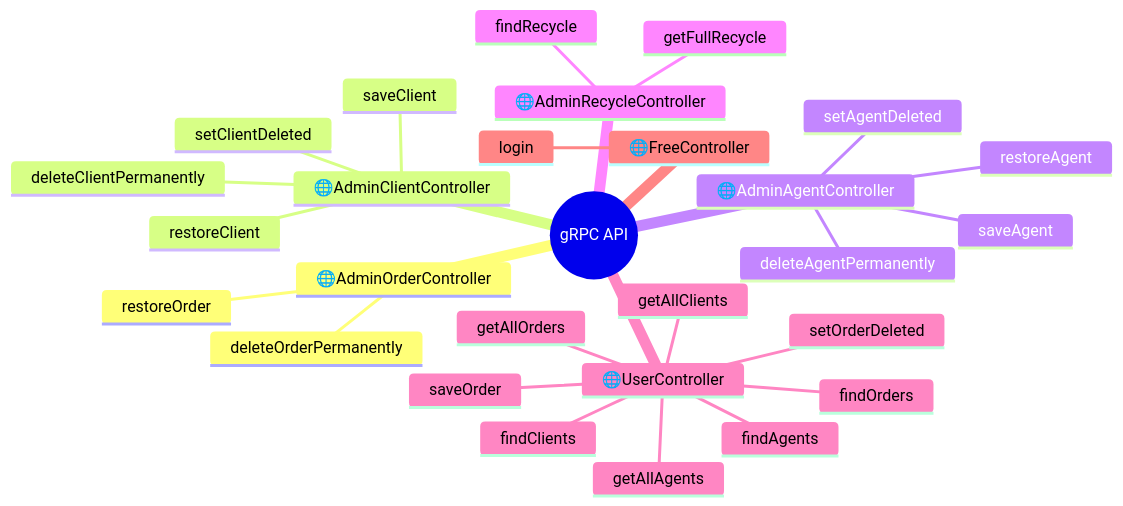
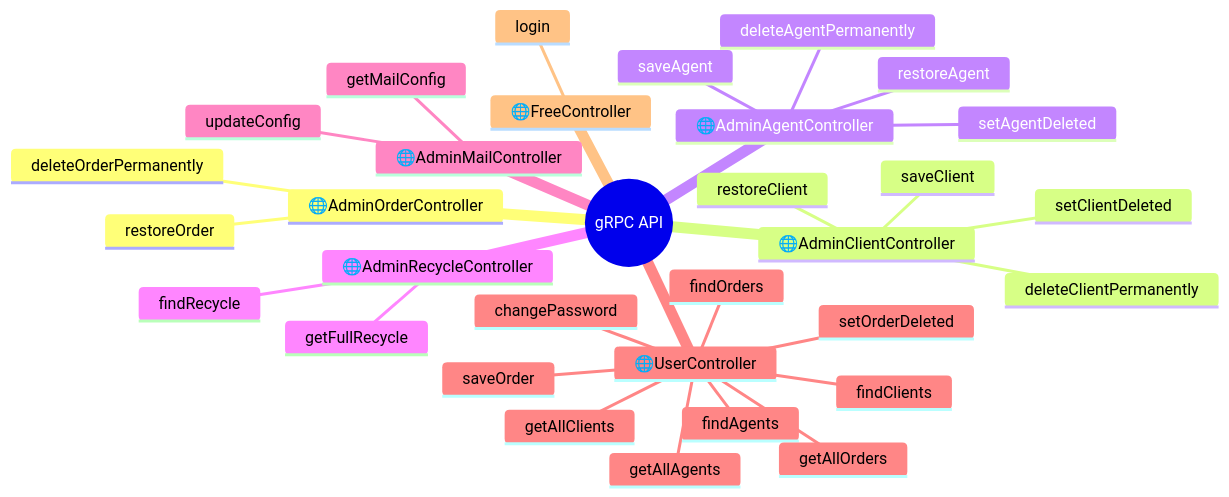
The second of 2 diagrams in README.md (AleksOBM/vaadin-service-desk), drawn with Mermaid before and after one commit. The commit also changed other lines of this file and 2 other files, not shown here.

````diff
--- a/README.md
+++ b/README.md
@@ -298,32 +298,36 @@
 ```mermaid
 %%{init: { 'mindmap': { 'maxNodeWidth': 500 } }}%%
 mindmap
   root((gRPC API))
       🌐AdminOrderController
         deleteOrderPermanently
         restoreOrder
       🌐AdminClientController
         deleteClientPermanently
         restoreClient
         saveClient
         setClientDeleted
       🌐AdminAgentController
         deleteAgentPermanently
         restoreAgent
         saveAgent
         setAgentDeleted
       🌐AdminRecycleController
         findRecycle
         getFullRecycle
+      🌐AdminMailController
+        getMailConfig
+        updateConfig
       🌐UserController
+        changePassword
         saveOrder
         setOrderDeleted
         findAgents
         findClients
         findOrders
         getAllAgents
         getAllClients
         getAllOrders
       🌐FreeController
         login
 ```
````
